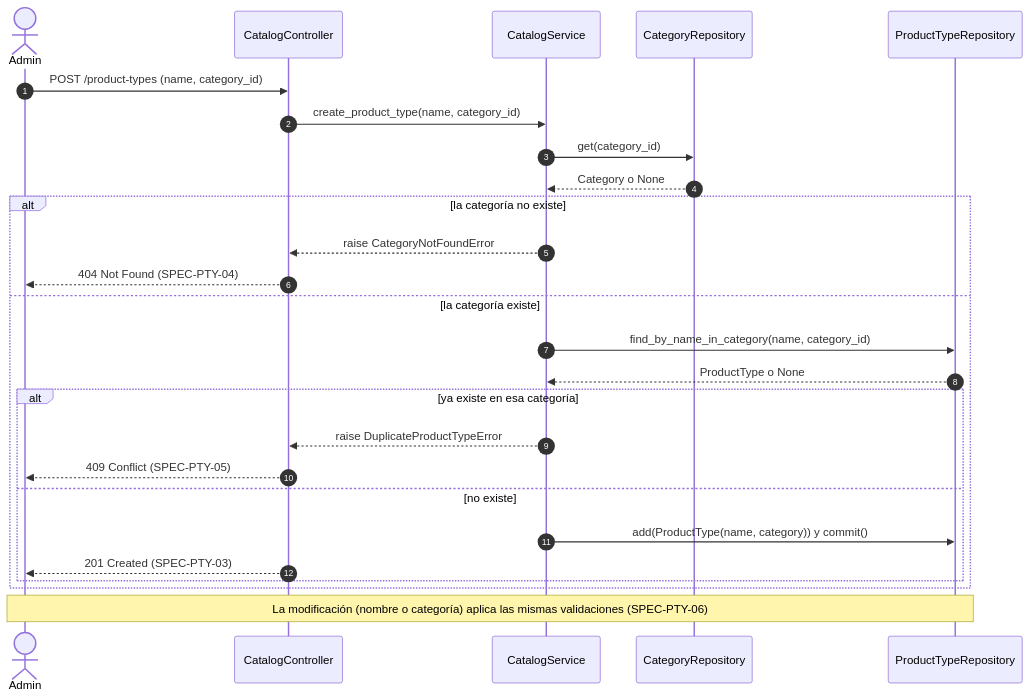
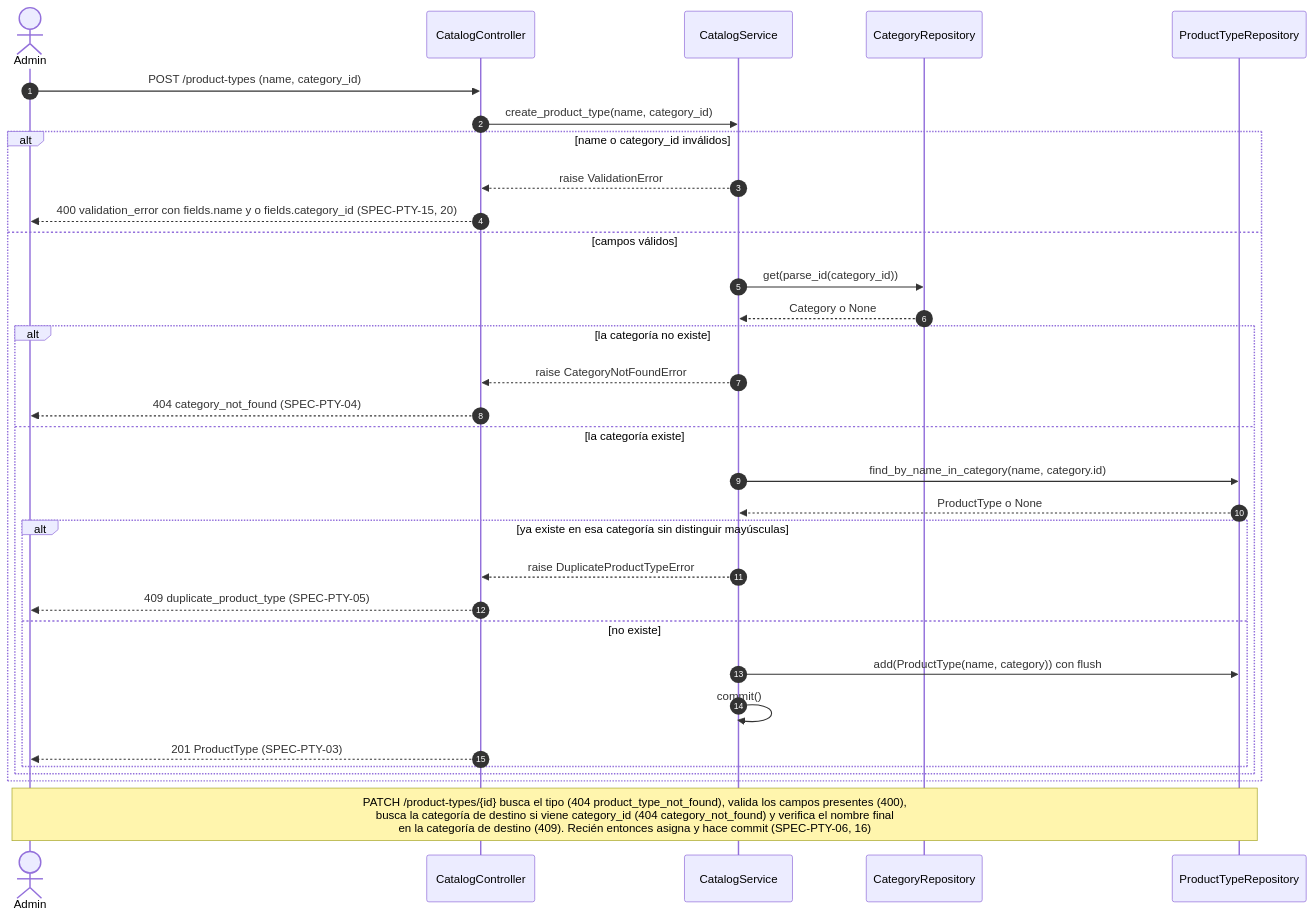
One commit to Diazfe-dev/AyED-III-python-ticket-service changed the second of 4 diagrams in diagrams/sequences/02-product-types.md. Above: the diagram before and after it, drawn with Mermaid. The commit also changed other lines of this file and 26 other files, not shown here.

Commit message:
feat(product-type): add category and product type catalog with OpenAPI contract

````diff
--- a/diagrams/sequences/02-product-types.md
+++ b/diagrams/sequences/02-product-types.md
@@ -42,30 +49,36 @@
 ```mermaid
 sequenceDiagram
     autonumber
     actor Admin
     participant PC as CatalogController
     participant CS as CatalogService
     participant CR as CategoryRepository
     participant TR as ProductTypeRepository
 
     Admin->>PC: POST /product-types (name, category_id)
     PC->>CS: create_product_type(name, category_id)
-    CS->>CR: get(category_id)
-    CR-->>CS: Category o None
-    alt la categoría no existe
-        CS-->>PC: raise CategoryNotFoundError
-        PC-->>Admin: 404 Not Found (SPEC-PTY-04)
-    else la categoría existe
-        CS->>TR: find_by_name_in_category(name, category_id)
-        TR-->>CS: ProductType o None
-        alt ya existe en esa categoría
-            CS-->>PC: raise DuplicateProductTypeError
-            PC-->>Admin: 409 Conflict (SPEC-PTY-05)
-        else no existe
-            CS->>TR: add(ProductType(name, category)) y commit()
-            PC-->>Admin: 201 Created (SPEC-PTY-03)
+    alt name o category_id inválidos
+        CS-->>PC: raise ValidationError
+        PC-->>Admin: 400 validation_error con fields.name y o fields.category_id (SPEC-PTY-15, 20)
+    else campos válidos
+        CS->>CR: get(parse_id(category_id))
+        CR-->>CS: Category o None
+        alt la categoría no existe
+            CS-->>PC: raise CategoryNotFoundError
+            PC-->>Admin: 404 category_not_found (SPEC-PTY-04)
+        else la categoría existe
+            CS->>TR: find_by_name_in_category(name, category.id)
+            TR-->>CS: ProductType o None
+            alt ya existe en esa categoría sin distinguir mayúsculas
+                CS-->>PC: raise DuplicateProductTypeError
+                PC-->>Admin: 409 duplicate_product_type (SPEC-PTY-05)
+            else no existe
+                CS->>TR: add(ProductType(name, category)) con flush
+                CS->>CS: commit()
+                PC-->>Admin: 201 ProductType (SPEC-PTY-03)
+            end
         end
     end
 
-    Note over Admin,TR: La modificación (nombre o categoría) aplica las mismas validaciones (SPEC-PTY-06)
+    Note over Admin,TR: PATCH /product-types/{id} busca el tipo (404 product_type_not_found), valida los campos presentes (400),<br/>busca la categoría de destino si viene category_id (404 category_not_found) y verifica el nombre final<br/>en la categoría de destino (409). Recién entonces asigna y hace commit (SPEC-PTY-06, 16)
 ```
````
